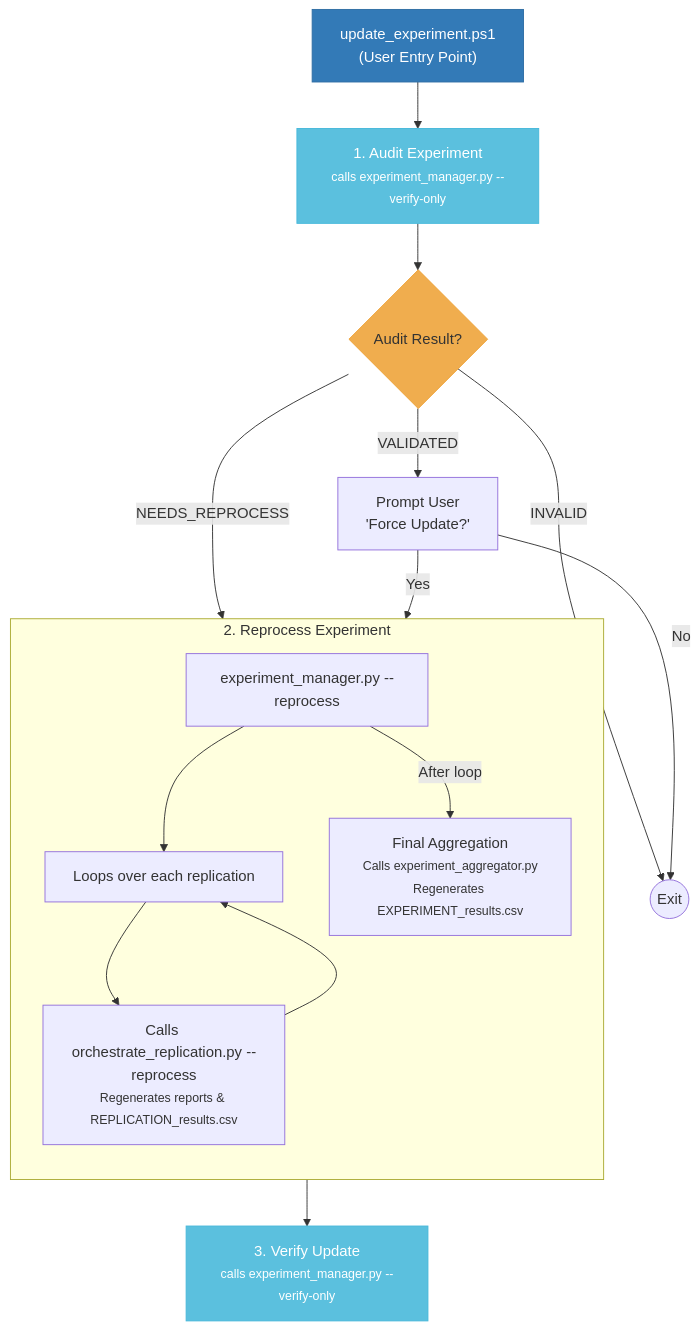
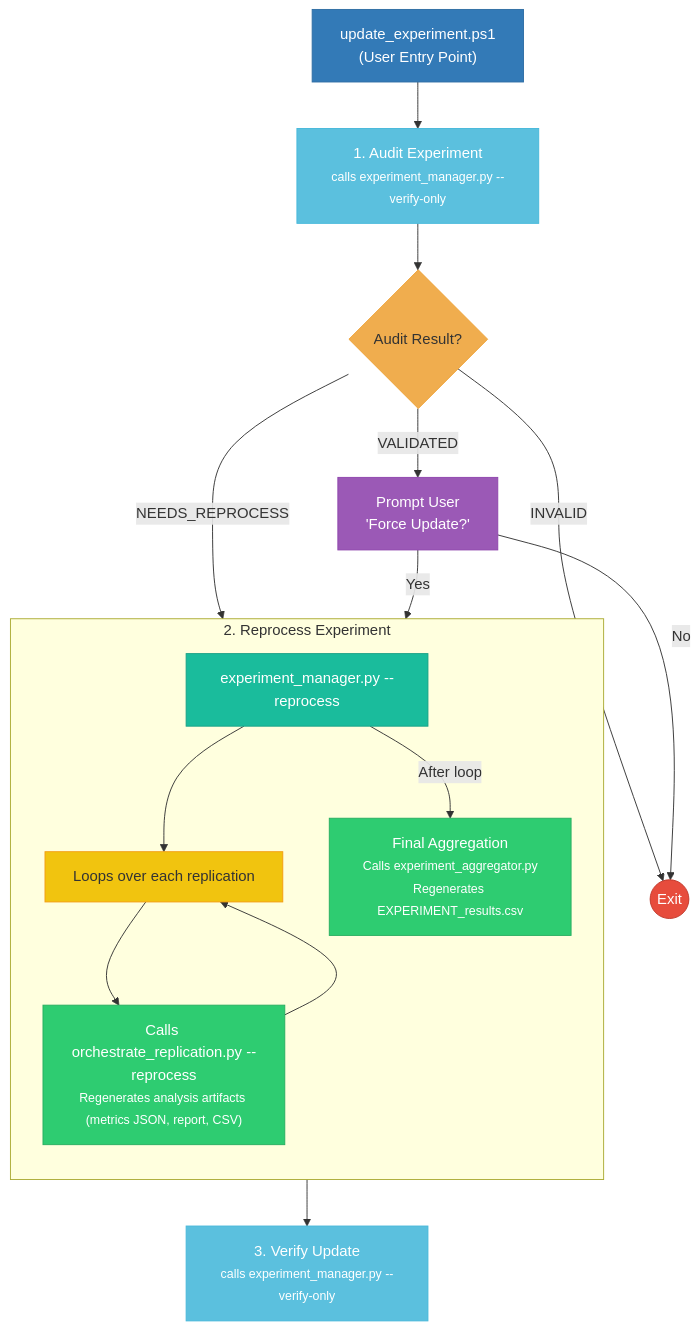
The diagram in docs/diagrams/architecture_workflow_3_update_experiment.mmd (peterjmarko/llm-narrative-framework), drawn with Mermaid before and after one commit. The commit also changed 15 other files, not shown here.

```diff
--- a/docs/diagrams/architecture_workflow_3_update_experiment.mmd
+++ b/docs/diagrams/architecture_workflow_3_update_experiment.mmd
@@ -1,40 +1,45 @@
 graph TD
     %% 1. Nodes
     EntryPointPS["update_experiment.ps1<br/>(User Entry Point)"]:::entry_ps
     PreAudit["1. Audit Experiment<br/><small>calls experiment_manager.py --verify-only</small>"]:::script
     Decision{Audit Result?}:::decision
     Prompt["Prompt User<br/>'Force Update?'"]:::user_interaction
     Stop((Exit)):::stop_node
     
     subgraph "2. Reprocess Experiment"
         direction TB
         ReprocessEntry["experiment_manager.py --reprocess"]:::entry_py
         Loop["Loops over each replication"]:::process
-        CallOrchestrator["Calls orchestrate_replication.py --reprocess<br/><small>Regenerates reports & REPLICATION_results.csv</small>"]:::layer_green
+        CallOrchestrator["Calls orchestrate_replication.py --reprocess<br/><small>Regenerates analysis artifacts (metrics JSON, report, CSV)</small>"]:::layer_green
         FinalAggregate["Final Aggregation<br/><small>Calls experiment_aggregator.py<br/>Regenerates EXPERIMENT_results.csv</small>"]:::layer_green
     end
     
     PostAudit["3. Verify Update<br/><small>calls experiment_manager.py --verify-only</small>"]:::script
 
     %% 2. Connections
     EntryPointPS --> PreAudit
     PreAudit --> Decision
     
     Decision -- "VALIDATED" --> Prompt
     Decision -- "NEEDS_REPROCESS" --> ReprocessEntry
     Decision -- "INVALID" --> Stop
     
     Prompt -- "Yes" --> ReprocessEntry
     Prompt -- "No" --> Stop
     
     ReprocessEntry --> Loop
     Loop --> CallOrchestrator
     CallOrchestrator --> Loop
     ReprocessEntry -- "After loop" --> FinalAggregate
     
     FinalAggregate --> PostAudit
 
     %% 3. Styling
     classDef entry_ps fill:#337ab7,stroke:#2e6da4,color:#fff;
     classDef script fill:#5bc0de,stroke:#46b8da,color:#fff;
     classDef decision fill:#f0ad4e,stroke:#eea236,color:#333;
+    classDef user_interaction fill:#9b59b6,stroke:#8e44ad,color:#fff;
+    classDef stop_node fill:#e74c3c,stroke:#c0392b,color:#fff;
+    classDef entry_py fill:#1abc9c,stroke:#16a085,color:#fff;
+    classDef process fill:#f1c40f,stroke:#f39c12,color:#333;
+    classDef layer_green fill:#2ecc71,stroke:#27ae60,color:#fff;
```
